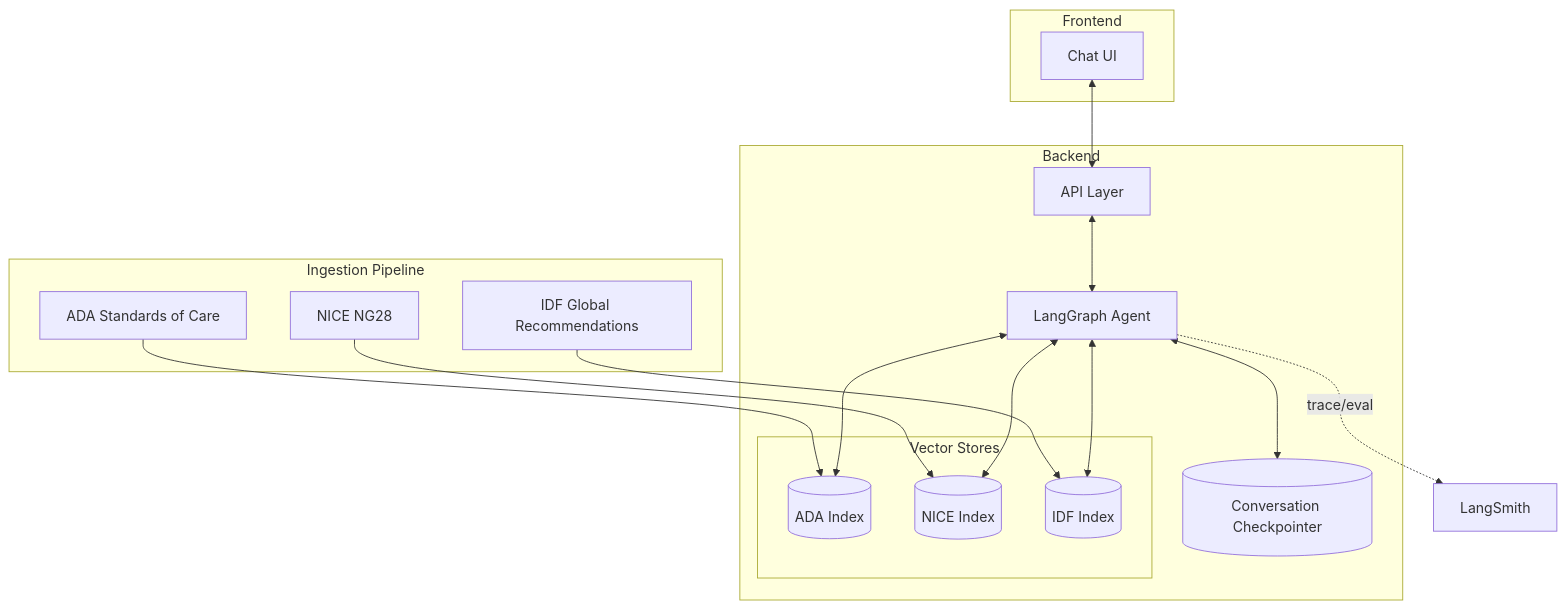
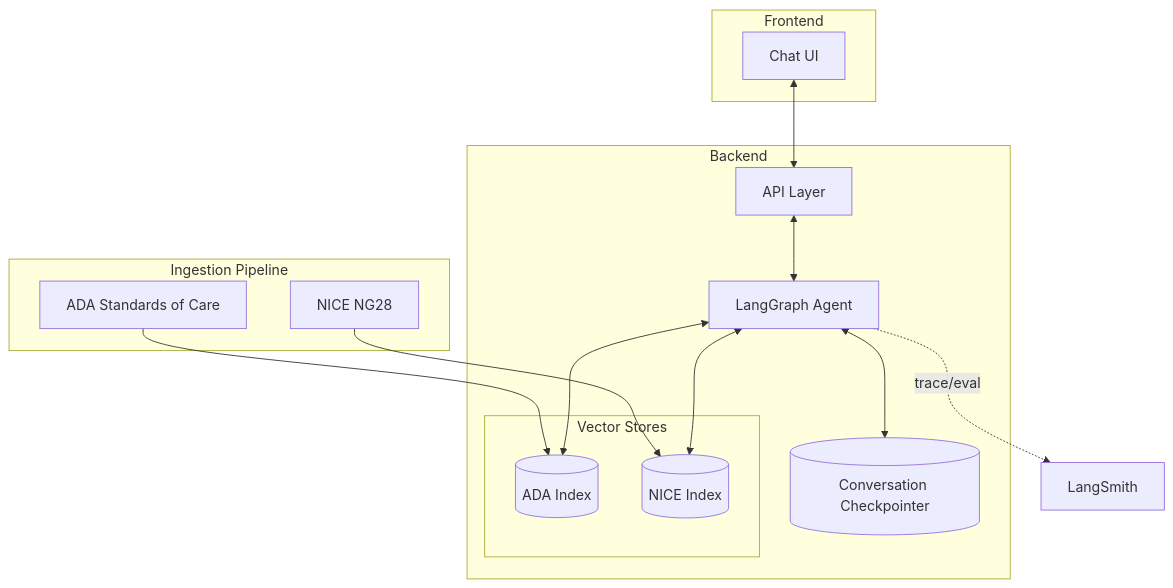
One commit to JohnSpencerTerry/clinical-guideline-assistant changed the first of 2 diagrams in mvp.md. Above: the diagram before and after it, drawn with Mermaid. The commit also changed other lines of this file and 13 other files, not shown here.

````diff
--- a/mvp.md
+++ b/mvp.md
@@ -82,36 +81,32 @@
 ```mermaid
 flowchart TB
     subgraph Client["Frontend"]
         UI[Chat UI]
     end
 
     subgraph Backend["Backend"]
         API[API Layer]
         Graph[LangGraph Agent]
         subgraph Stores["Vector Stores"]
             ADA[(ADA Index)]
             NICE[(NICE Index)]
-            IDF[(IDF Index)]
         end
         Checkpoint[(Conversation Checkpointer)]
     end
 
     subgraph Sources["Ingestion Pipeline"]
         S1[ADA Standards of Care]
         S2[NICE NG28]
-        S3[IDF Global Recommendations]
     end
 
     S1 --> ADA
     S2 --> NICE
-    S3 --> IDF
 
     UI <--> API
     API <--> Graph
     Graph <--> ADA
     Graph <--> NICE
-    Graph <--> IDF
     Graph <--> Checkpoint
 
     Graph -.trace/eval.-> LangSmith[LangSmith]
 ```
````
